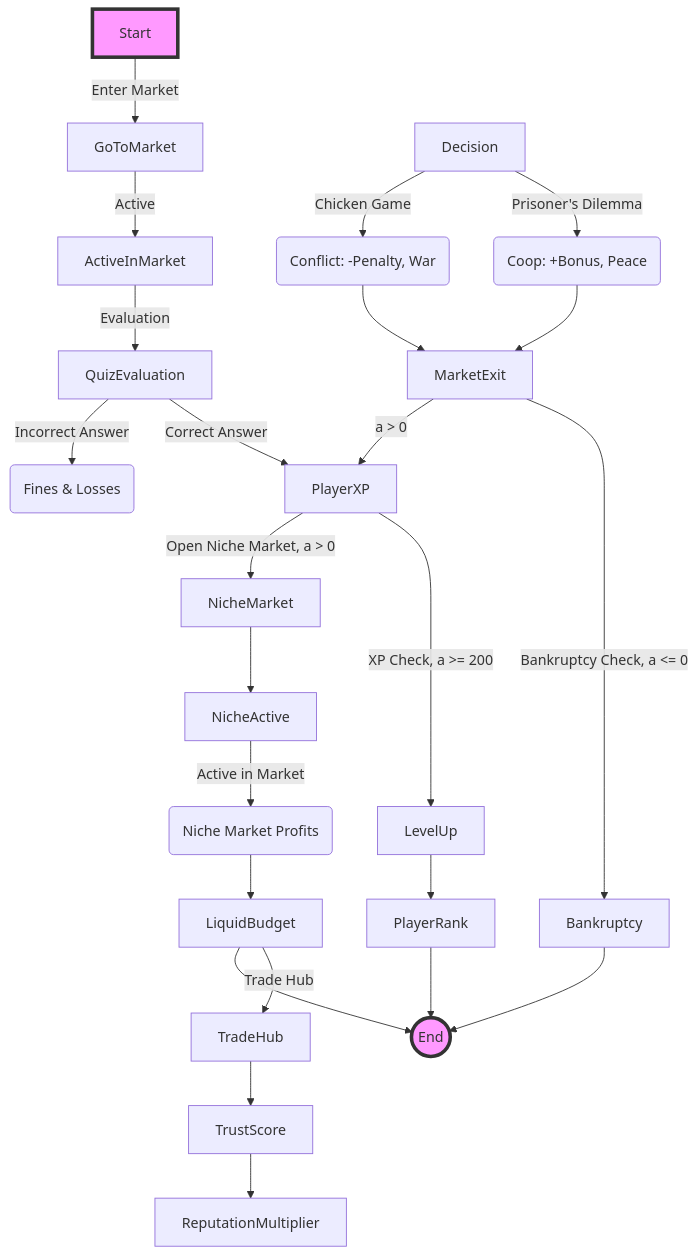
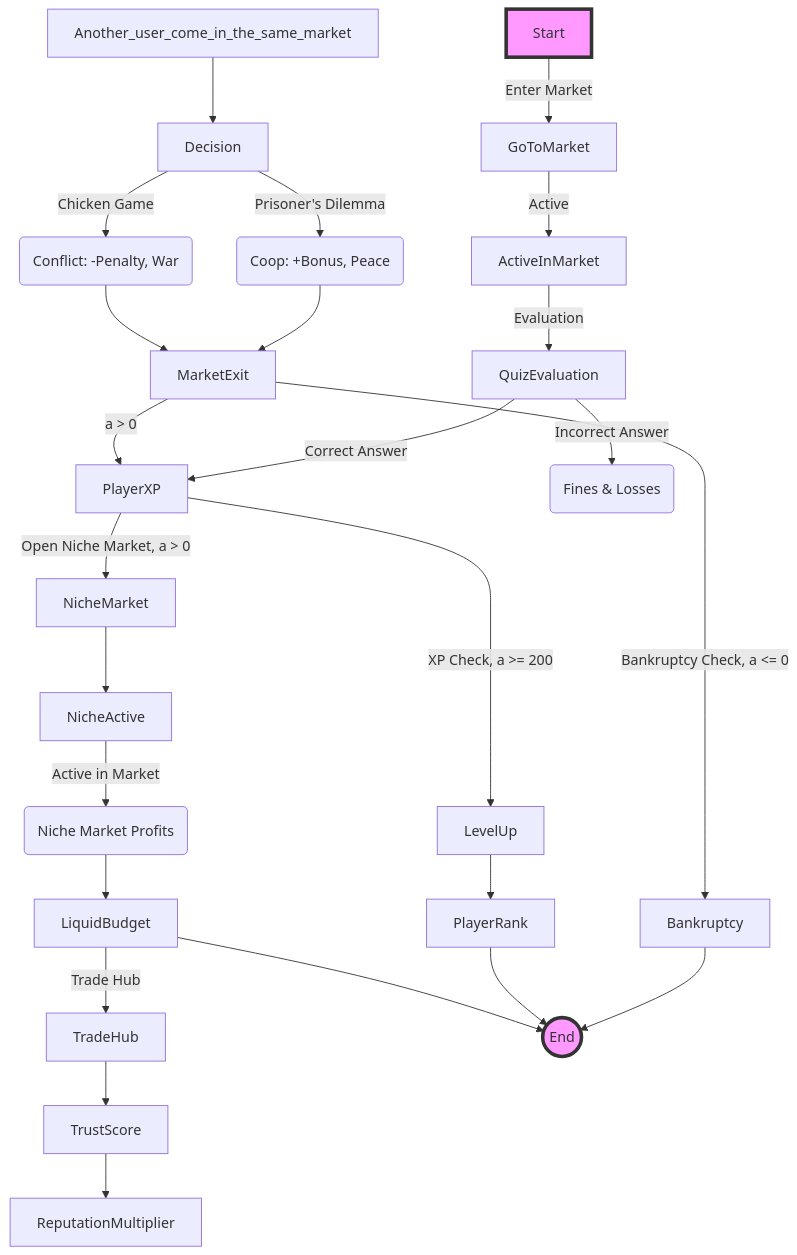
One commit to shahidi83business/FalconValley changed the diagram in docs/Game_Process_Diagram.md. Above: the diagram before and after it, drawn with Mermaid. The commit also changed 11 other files, not shown here.

````diff
--- a/docs/Game_Process_Diagram.md
+++ b/docs/Game_Process_Diagram.md
@@ -1,38 +1,38 @@
 ```mermaid
 graph TD;
     Start --> |Enter Market| GoToMarket;
     GoToMarket --> |Active| ActiveInMarket;
     ActiveInMarket --> |Evaluation| QuizEvaluation;
     QuizEvaluation --> |Correct Answer| PlayerXP;
     QuizEvaluation --> |Incorrect Answer| Losses(Fines & Losses);
 
     PlayerXP --> |XP Check, a >= 200| LevelUp;
     LevelUp --> PlayerRank;
 
     PlayerXP --> |Open Niche Market, a > 0| NicheMarket;
     NicheMarket --> NicheActive;
     NicheActive --> |Active in Market| Profits(Niche Market Profits);
     Profits --> LiquidBudget;
 
     LiquidBudget --> |Trade Hub| TradeHub;
     TradeHub --> TrustScore;
     TrustScore --> ReputationMultiplier;
 
-    
+    Another_user_come_in_the_same_market --> Decision
     Decision --> |Prisoner's Dilemma| PD_Coop(Coop: +Bonus, Peace)
     PD_Coop --> MarketExit;
     Decision --> |Chicken Game| CG_Conflict(Conflict: -Penalty, War)
     CG_Conflict --> MarketExit;
 
     MarketExit --> |Bankruptcy Check, a <= 0| Bankruptcy;
     MarketExit --> |a > 0| PlayerXP;
 
     Bankruptcy --> Stop;
     PlayerRank --> Stop;
     LiquidBudget --> Stop;
     Stop((End))
 
     %% Legend
     style Start fill:#f9f,stroke:#333,stroke-width:4px
     style Stop fill:#f9f,stroke:#333,stroke-width:4px
 ```
````
